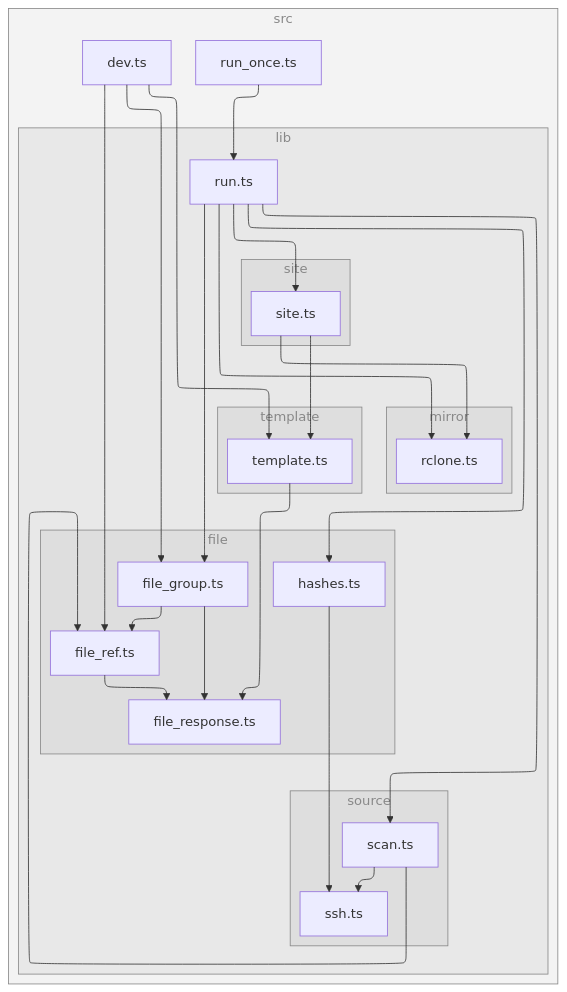
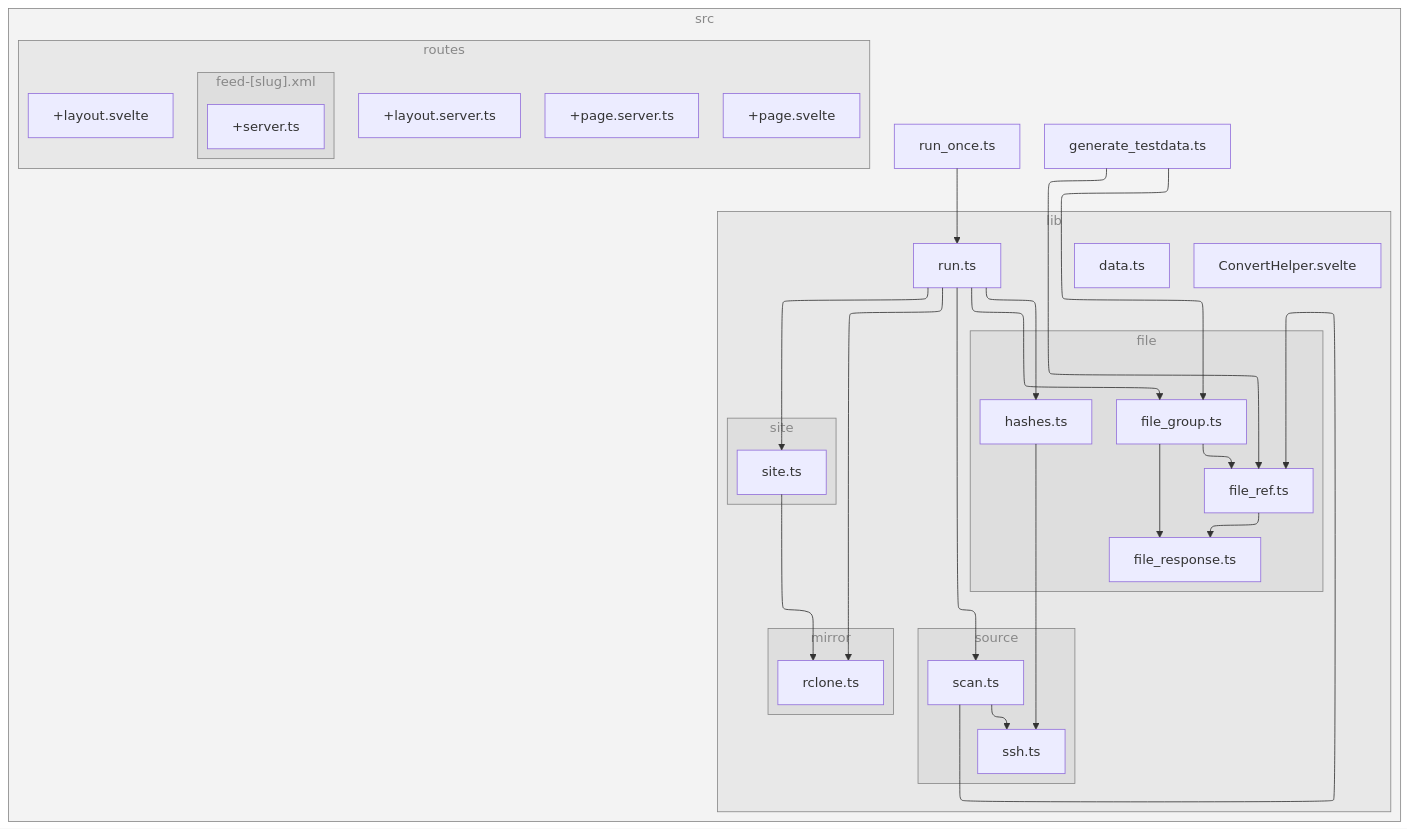
The diagram in README.md (versatiles-org/download.versatiles.org), drawn with Mermaid before and after one commit. The commit also changed other lines of this file and 25 other files, not shown here.

````diff
--- a/README.md
+++ b/README.md
@@ -164,55 +171,60 @@
 ```mermaid
 ---
 config:
   layout: elk
 ---
 flowchart TB
 
 subgraph 0["src"]
-1["dev.ts"]
+1["generate_testdata.ts"]
 subgraph 2["lib"]
 subgraph 3["file"]
 4["file_group.ts"]
 5["file_ref.ts"]
 6["file_response.ts"]
 9["hashes.ts"]
 end
-subgraph 7["template"]
-8["template.ts"]
-end
+7["ConvertHelper.svelte"]
+8["data.ts"]
 subgraph A["source"]
 B["ssh.ts"]
 H["scan.ts"]
 end
 subgraph C["mirror"]
 D["rclone.ts"]
 end
 E["run.ts"]
 subgraph F["site"]
 G["site.ts"]
 end
 end
-I["run_once.ts"]
+subgraph I["routes"]
+J["+layout.server.ts"]
+K["+layout.svelte"]
+L["+page.server.ts"]
+M["+page.svelte"]
+subgraph N["feed-[slug].xml"]
+O["+server.ts"]
+end
+end
+P["run_once.ts"]
 end
 1-->4
 1-->5
-1-->8
 4-->5
 4-->6
 5-->6
-8-->6
 9-->B
 E-->4
 E-->9
 E-->D
 E-->G
 E-->H
 G-->D
-G-->8
 H-->5
 H-->B
-I-->E
+P-->E
 
-class 0,2,3,7,A,C,F subgraphs;
+class 0,2,3,A,C,F,I,N subgraphs;
 classDef subgraphs fill-opacity:0.1, fill:#888, color:#888, stroke:#888;
 ```
````
